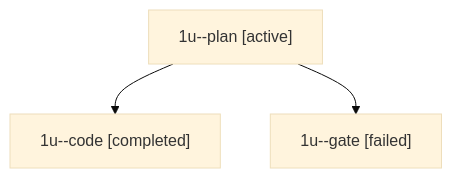
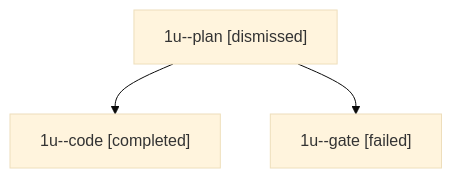
The diagram in sessions/bbugyi200.apollo.1u.md (bobs-org/bob-cli--agents), drawn with Mermaid (base theme) before and after one commit. The commit also changed other lines of this file and 10 other files, not shown here.

````diff
--- a/sessions/bbugyi200.apollo.1u.md
+++ b/sessions/bbugyi200.apollo.1u.md
@@ -9,8 +9,8 @@
 ```mermaid
 flowchart TD
-  n0["1u--plan [active]"]
+  n0["1u--plan [dismissed]"]
   n1["1u--code [completed]"]
   n0 --> n1
   n2["1u--gate [failed]"]
   n0 --> n2
 ```
````
